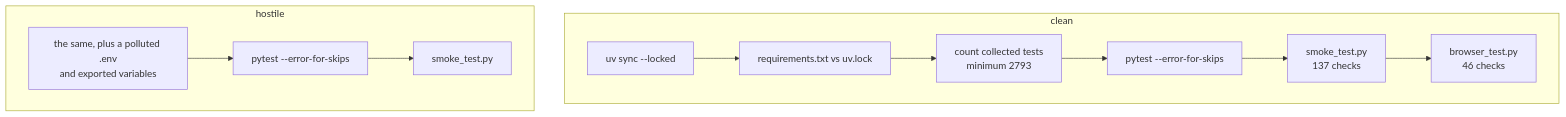
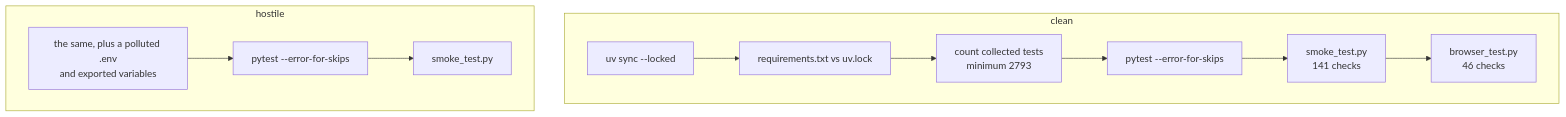
Before and after one commit to IAMN1/link-shortener: the diagram in docs/testing.md, drawn with Mermaid. The commit also changed other lines of this file and 14 other files, not shown here.

````diff
--- a/docs/testing.md
+++ b/docs/testing.md
@@ -399,12 +399,12 @@
 ```mermaid
 flowchart TD
     subgraph clean["clean"]
         C1[uv sync --locked] --> C2[requirements.txt vs uv.lock]
         C2 --> C3[count collected tests<br/>minimum 2793] --> C4[pytest --error-for-skips]
-        C4 --> C5[smoke_test.py<br/>137 checks] --> C6[browser_test.py<br/>46 checks]
+        C4 --> C5[smoke_test.py<br/>141 checks] --> C6[browser_test.py<br/>46 checks]
     end
     subgraph hostile["hostile"]
         H1[the same, plus a polluted .env<br/>and exported variables] --> H2[pytest --error-for-skips]
         H2 --> H3[smoke_test.py]
     end
 ```
````
